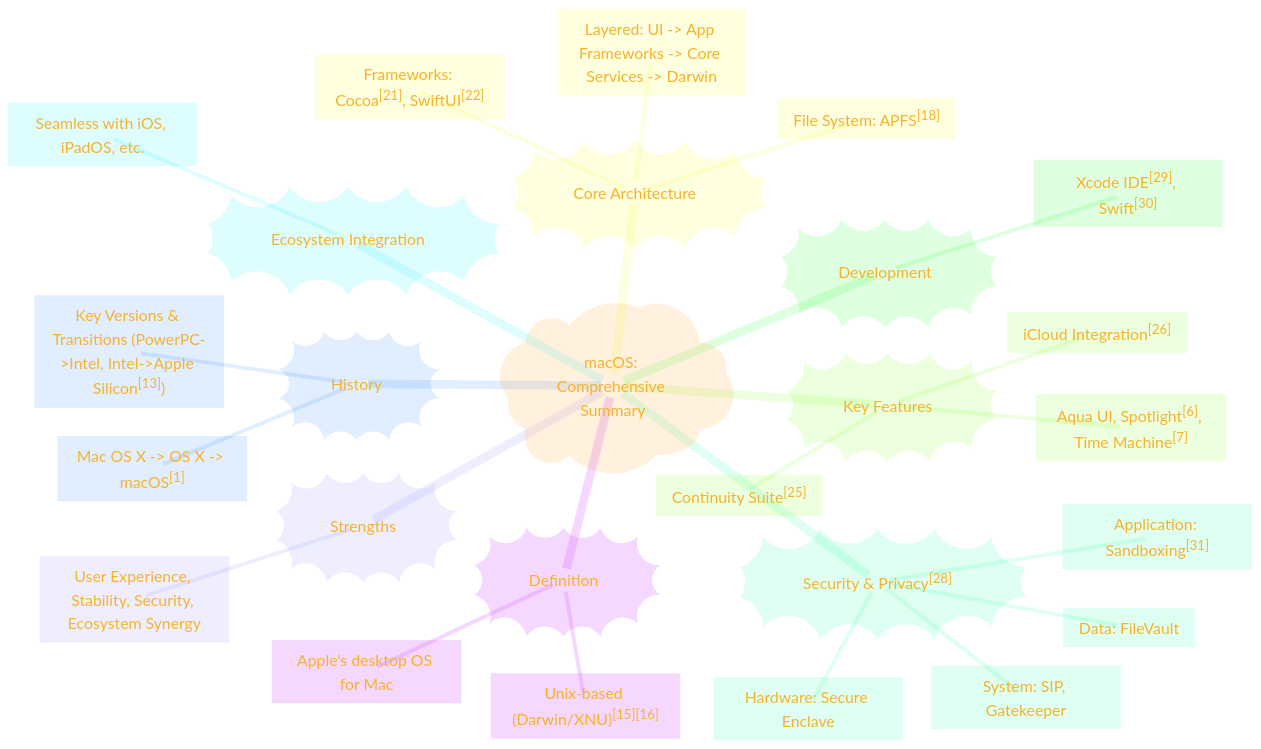
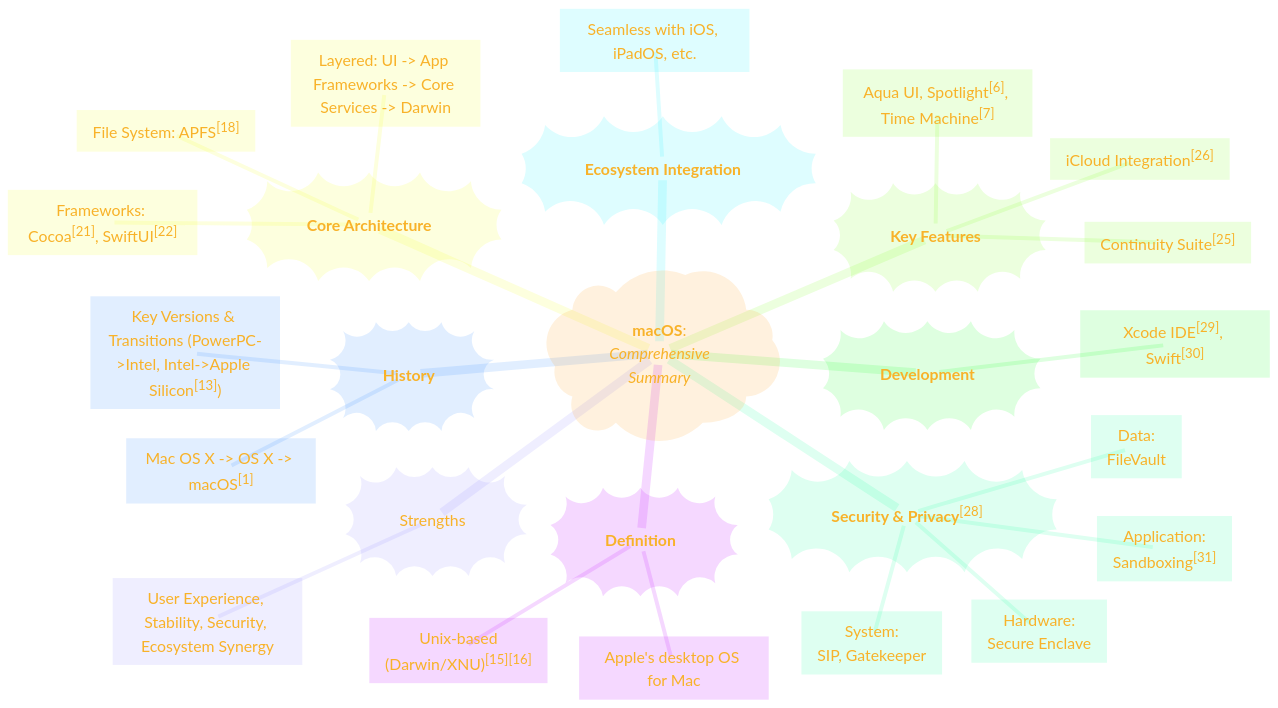
One commit to CongLeSolutionX/Digital-Bedrock-Landscape changed the eighth of 9 diagrams in APPLE_FAMILY/macOS.md. Above: the diagram before and after it, drawn with Mermaid.

````diff
--- a/APPLE_FAMILY/macOS.md
+++ b/APPLE_FAMILY/macOS.md
@@ -551,63 +551,63 @@
 ```mermaid
 ---
 title: "The Enduring Appeal of macOS"
 author: "Cong Le"
 version: "1.0"
 license(s): "MIT, CC BY 4.0"
 copyright: "Copyright (c) 2025 Cong Le. All Rights Reserved."
 config:
   theme: base
 ---
 %%%%%%%% Mermaid version v11.4.1-b.14
 %%{
   init: {
     'fontFamily': 'Andale Mono, monospace',
     "logLevel": "fatal",
     'mindmap': {
 	    'nodeAlign': 'center',
 	    'padding': 20,
 	    'maxDepth': 4
     },
     'flowchart': {
 	    'htmlLabels': true
     },
     'themeVariables': {
       'primaryColor': '#FC82',
       'primaryTextColor': '#F8B229',
       'primaryBorderColor': '#27AE60',
       'secondaryColor': '#EBF3',
       'secondaryTextColor': '#6C3483',
       'secondaryBorderColor': '#A569BD',
       'fontSize': '20px'
     }
   }
 }%%
 mindmap
-  root)"macOS: Comprehensive Summary"(
+  root)"**macOS**:<br/> *Comprehensive Summary*"(
     ::icon(fa fa-apple)
-    Definition))"Definition"((
+    Definition))"**Definition**"((
       Apple_desktop_OS["Apple's desktop OS for Mac"]
-      Unix-based["Unix-based (Darwin/XNU)<sup>[15][16]</sup>"]
-    History))"History"((
+      Unix-based["Unix-based<br/>(Darwin/XNU)<sup>[15][16]</sup>"]
+    History))"**History**"((
       Transitions["Mac OS X -> OS X -> macOS<sup>[1]</sup>"]
       Key_Versions_and_Transitions["Key Versions & Transitions (PowerPC->Intel, Intel->Apple Silicon<sup>[13]</sup>)"]
-    Core_Architecture))"Core Architecture"((
+    Core_Architecture))"**Core Architecture**"((
       Layered["Layered: UI -> App Frameworks -> Core Services -> Darwin"]
       Frameworks["Frameworks: Cocoa<sup>[21]</sup>, SwiftUI<sup>[22]</sup>"]
       File_System["File System: APFS<sup>[18]</sup>"]
-    Key_Features))"Key Features"((
+    Key_Features))"**Key Features**"((
       Some_Key_Features["Aqua UI, Spotlight<sup>[6]</sup>, Time Machine<sup>[7]</sup>"]
       Continuity_Suite["Continuity Suite<sup>[25]</sup>"]
       iCloud_Integration["iCloud Integration<sup>[26]</sup>"]
-    Development))"Development"((
+    Development))"**Development**"((
       Xcode_IDE["Xcode IDE<sup>[29]</sup>, Swift<sup>[30]</sup>"]
-    Security_and_Privacy))"Security & Privacy<sup>[28]</sup>"((
-      Hardware["Hardware: Secure Enclave"]
-      System["System: SIP, Gatekeeper"]
-      Data["Data: FileVault"]
-      Application["Application: Sandboxing<sup>[31]</sup>"]
-    Ecosystem_Integration))"Ecosystem Integration"((
+    Security_and_Privacy))"**Security & Privacy**<sup>[28]</sup>"((
+      Hardware["Hardware:<br/>Secure Enclave"]
+      System["System:<br/>SIP, Gatekeeper"]
+      Data["Data:<br/>FileVault"]
+      Application["Application:<br/>Sandboxing<sup>[31]</sup>"]
+    Ecosystem_Integration))"**Ecosystem Integration**"((
       Seamless_with_others["Seamless with iOS, iPadOS, etc."]
     Strengths))"Strengths"((
       Some_strengths["User Experience, Stability, Security, Ecosystem Synergy"]
 ```
````
